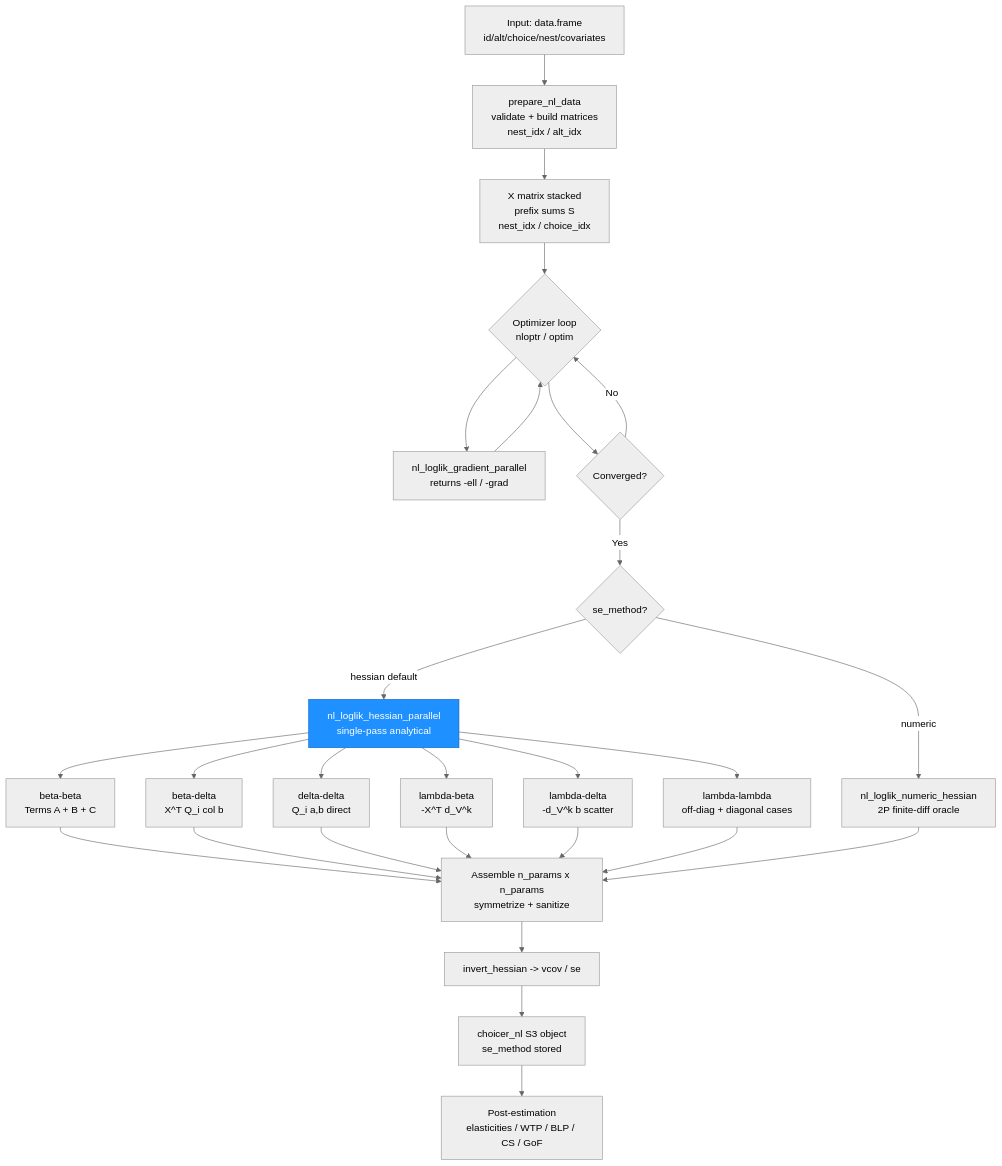
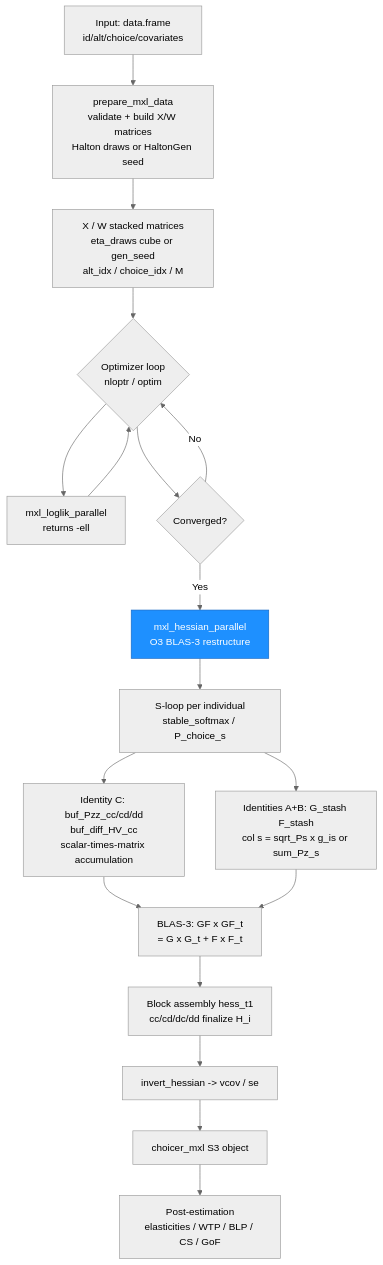
Before and after one commit to fpcordeiro/choicer: the third of 3 diagrams in ARCHITECTURE.md, drawn with Mermaid. The commit also changed other lines of this file and 1 other file, not shown here.

First line of the commit message:
docs(mxl): add §4.4 implementation tricks for O3 BLAS-3 hessian restructure

````diff
--- a/ARCHITECTURE.md
+++ b/ARCHITECTURE.md
@@ -176,31 +166,22 @@
 ```mermaid
 %%{init: {'theme': 'neutral'}}%%
 graph TD
-    IN[Input: data.frame<br/>id/alt/choice/nest/covariates] --> PREP[prepare_nl_data<br/>validate + build matrices<br/>nest_idx / alt_idx]
-    PREP --> XMX[X matrix stacked<br/>prefix sums S<br/>nest_idx / choice_idx]
+    IN[Input: data.frame<br/>id/alt/choice/covariates] --> PREP[prepare_mxl_data<br/>validate + build X/W matrices<br/>Halton draws or HaltonGen seed]
+    PREP --> XMX[X / W stacked matrices<br/>eta_draws cube or gen_seed<br/>alt_idx / choice_idx / M]
     XMX --> OPT{Optimizer loop<br/>nloptr / optim}
-    OPT --> GRAD[nl_loglik_gradient_parallel<br/>returns -ell / -grad]
+    OPT --> GRAD[mxl_loglik_parallel<br/>returns -ell]
     GRAD --> OPT
     OPT --> CONV{Converged?}
     CONV -- No --> OPT
-    CONV -- Yes --> DISP{se_method?}
-    DISP -- hessian default --> ANA[nl_loglik_hessian_parallel<br/>single-pass analytical]
-    DISP -- numeric --> NUM[nl_loglik_numeric_hessian<br/>2P finite-diff oracle]
-    style ANA fill:#1e90ff,stroke:#1565c0,color:#fff
-    ANA --> BB[beta-beta<br/>Terms A + B + C]
-    ANA --> BD[beta-delta<br/>X^T Q_i col b]
-    ANA --> DD[delta-delta<br/>Q_i a,b direct]
-    ANA --> LB[lambda-beta<br/>-X^T d_V^k]
-    ANA --> LD[lambda-delta<br/>-d_V^k b scatter]
-    ANA --> LL[lambda-lambda<br/>off-diag + diagonal cases]
-    BB --> ASSEM[Assemble n_params x n_params<br/>symmetrize + sanitize]
-    BD --> ASSEM
-    DD --> ASSEM
-    LB --> ASSEM
-    LD --> ASSEM
-    LL --> ASSEM
-    NUM --> ASSEM
+    CONV -- Yes --> HESS[mxl_hessian_parallel<br/>O3 BLAS-3 restructure]
+    style HESS fill:#1e90ff,stroke:#1565c0,color:#fff
+    HESS --> SLOOP[S-loop per individual<br/>stable_softmax / P_choice_s]
+    SLOOP --> BUFACC[Identity C: buf_Pzz_cc/cd/dd<br/>buf_diff_HV_cc<br/>scalar-times-matrix accumulation]
+    SLOOP --> STASH[Identities A+B: G_stash F_stash<br/>col s = sqrt_Ps x g_is or sum_Pz_s]
+    BUFACC --> BLAS3[BLAS-3: GF x GF_t<br/>= G x G_t + F x F_t]
+    STASH --> BLAS3
+    BLAS3 --> ASSEM[Block assembly hess_t1<br/>cc/cd/dc/dd finalize H_i]
     ASSEM --> VCOV[invert_hessian -> vcov / se]
-    VCOV --> OBJ[choicer_nl S3 object<br/>se_method stored]
+    VCOV --> OBJ[choicer_mxl S3 object]
     OBJ --> POST[Post-estimation<br/>elasticities / WTP / BLP / CS / GoF]
 ```
````
